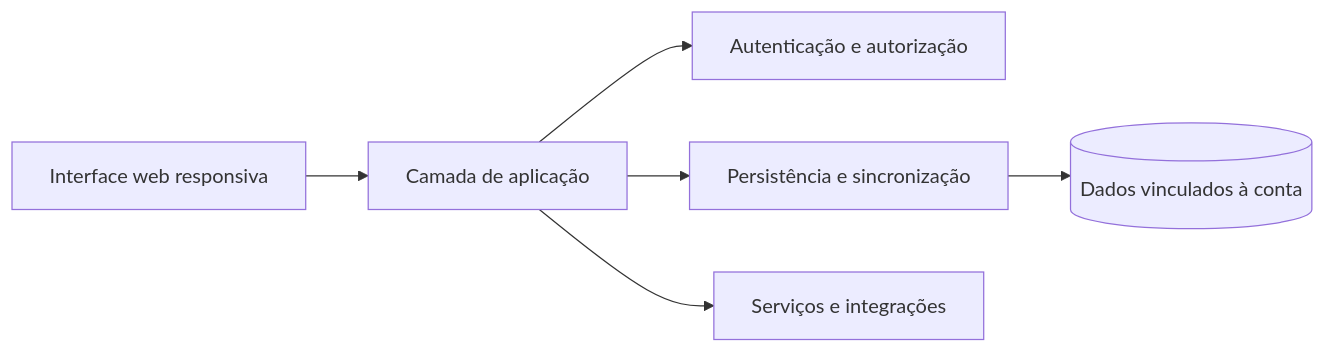
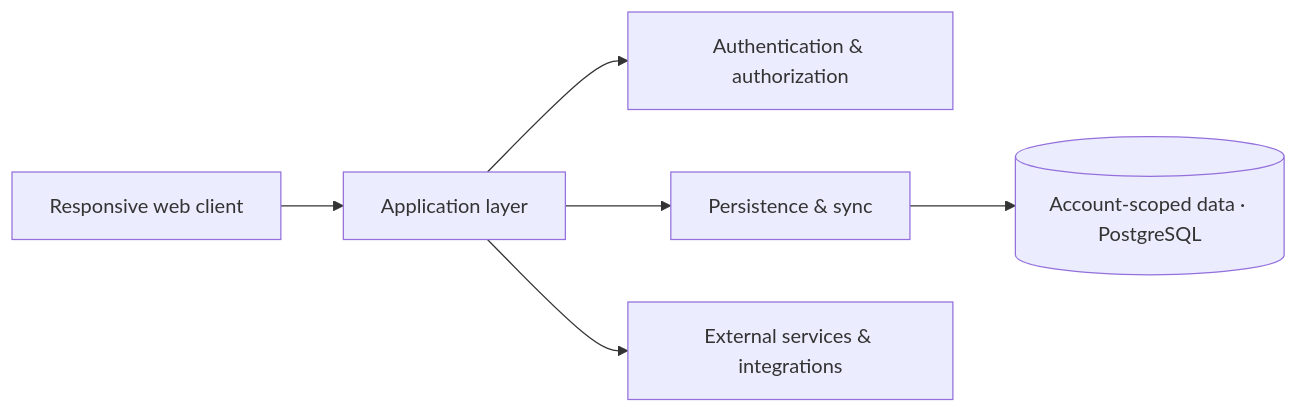
The diagram in projects/zayuni.md (wesley-isaias/wesley-isaias), drawn with Mermaid before and after one commit. The commit also changed other lines of this file and 10 other files, not shown here.

````diff
--- a/projects/zayuni.md
+++ b/projects/zayuni.md
@@ -25,8 +28,8 @@
 ```mermaid
 flowchart LR
-  A[Interface web responsiva] --> B[Camada de aplicação]
-  B --> C[Autenticação e autorização]
-  B --> D[Persistência e sincronização]
-  D --> E[(Dados vinculados à conta)]
-  B --> F[Serviços e integrações]
+  A[Responsive web client] --> B[Application layer]
+  B --> C[Authentication & authorization]
+  B --> D[Persistence & sync]
+  D --> E[(Account-scoped data · PostgreSQL)]
+  B --> F[External services & integrations]
 ```
````
